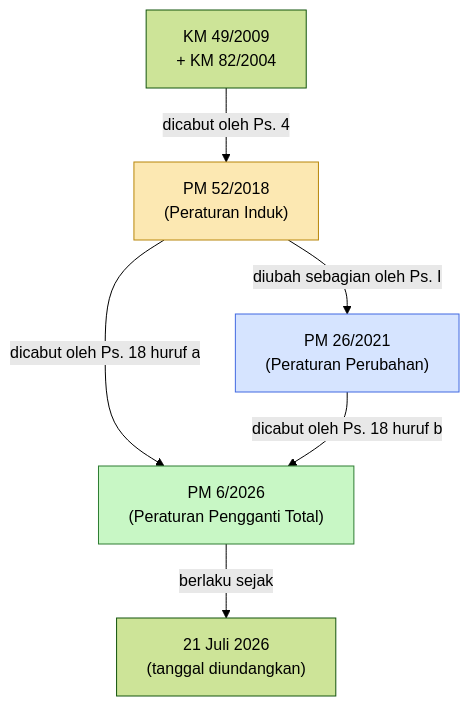
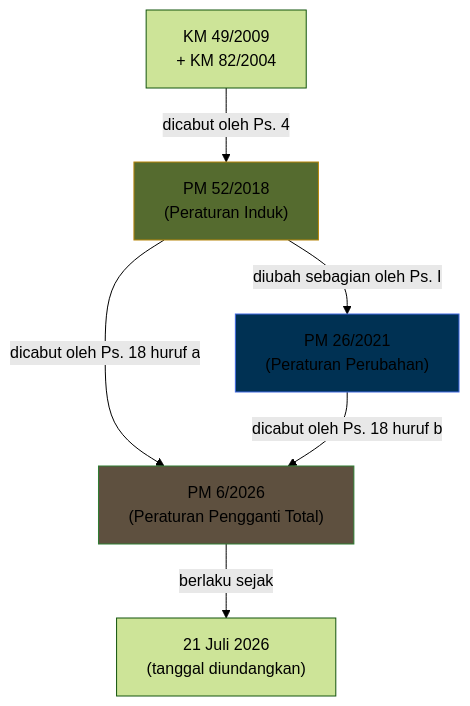
The first of 3 diagrams in content/Annotations/komparasi-pkps.md (hifdzimaulana/beate-vivere), drawn with Mermaid (forest theme) before and after one commit. The commit also changed other lines of this file, not shown here.

Commit message:
edit note

````diff
--- a/content/Annotations/komparasi-pkps.md
+++ b/content/Annotations/komparasi-pkps.md
@@ -26,12 +26,12 @@
 ```mermaid
 graph TD
     KM49["KM 49/2009<br>+ KM 82/2004"] -->|dicabut oleh Ps. 4| PM52["PM 52/2018<br>(Peraturan Induk)"]
     PM52 -->|diubah sebagian oleh Ps. I| PM26["PM 26/2021<br>(Peraturan Perubahan)"]
     PM52 -->|dicabut oleh Ps. 18 huruf a| PM6["PM 6/2026<br>(Peraturan Pengganti Total)"]
     PM26 -->|dicabut oleh Ps. 18 huruf b| PM6
     PM6 -->|berlaku sejak| Now["21 Juli 2026<br>(tanggal diundangkan)"]
 
-    style PM52 fill:#fce8b2,stroke:#b8860b
-    style PM26 fill:#d6e4ff,stroke:#4169e1
-    style PM6 fill:#c8f7c5,stroke:#2e7d32
+    style PM52 fill:#556b2f,stroke:#b8860b
+    style PM26 fill:#003153,stroke:#4169e1
+    style PM6 fill:#5e503f,stroke:#2e7d32
 ```
````
